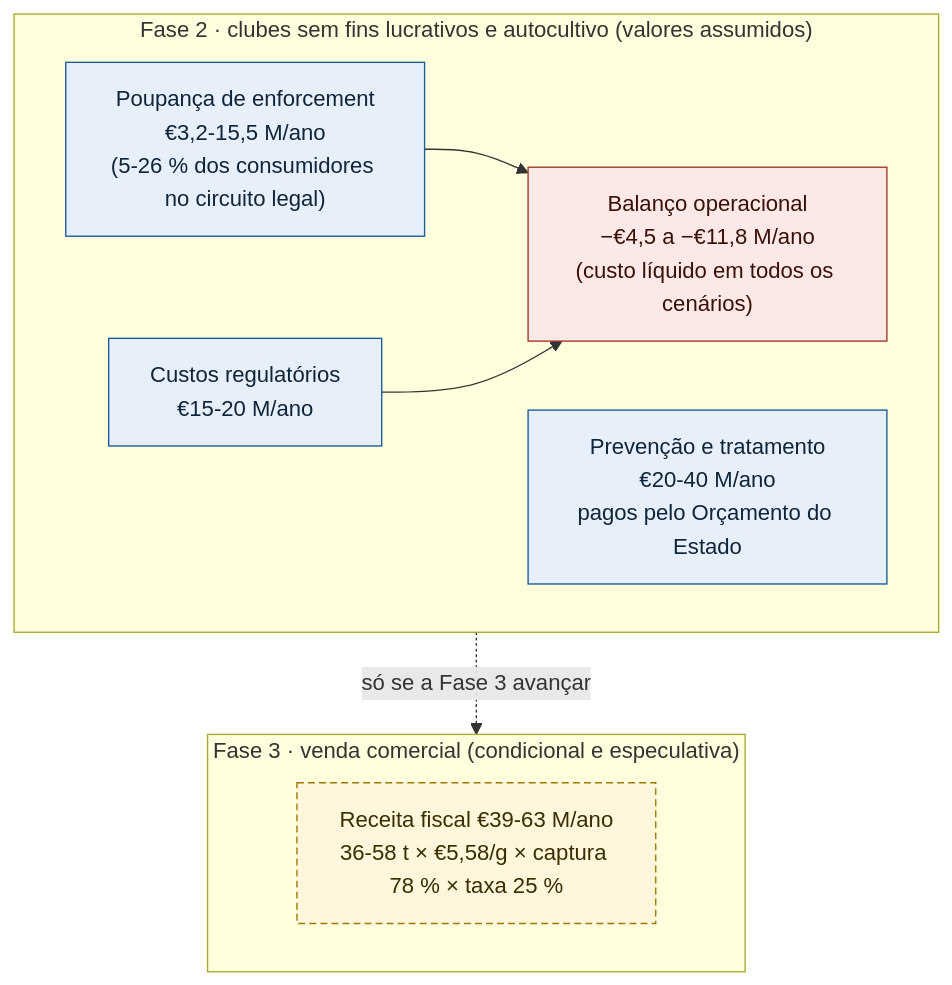
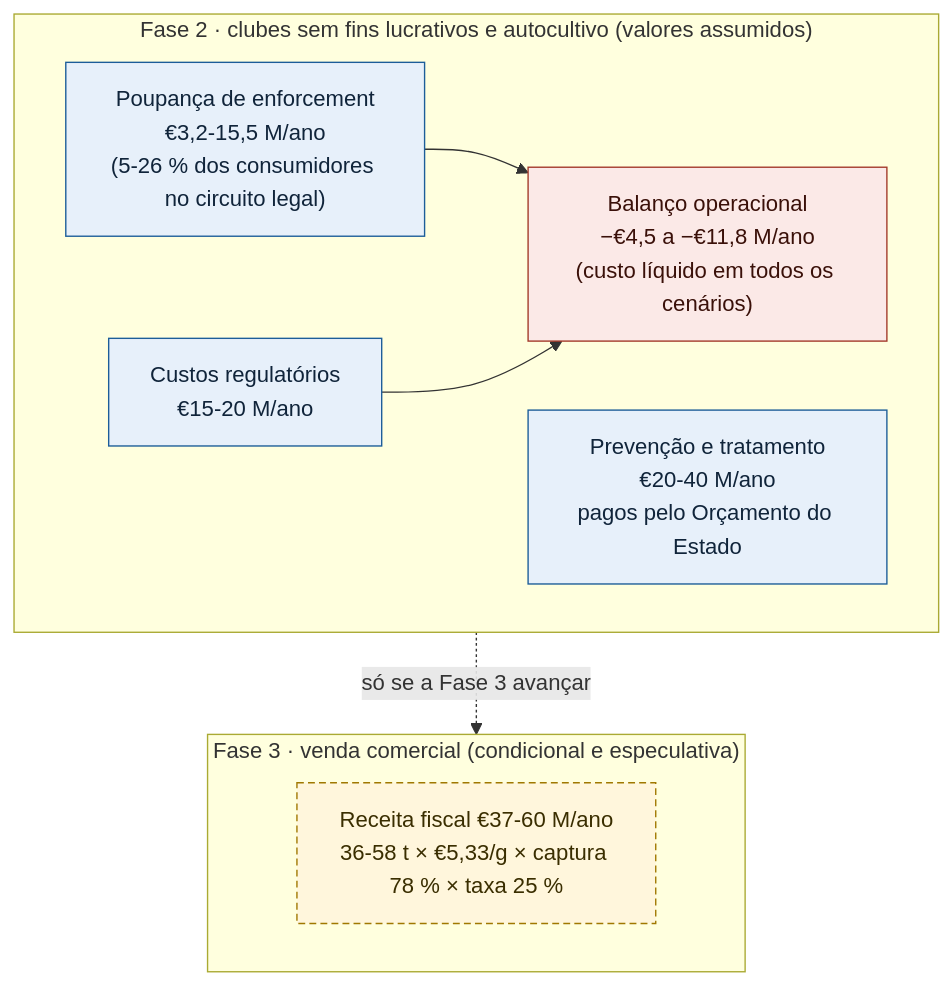
One commit to bcamarneiro/cannabis-legalization changed the diagram in assets/diagrams/balanco-fiscal.mmd. Above: the diagram before and after it, drawn with Mermaid. The commit also changed 14 other files, not shown here.

```diff
--- a/assets/diagrams/balanco-fiscal.mmd
+++ b/assets/diagrams/balanco-fiscal.mmd
@@ -1,18 +1,18 @@
 flowchart TB
     subgraph F2["Fase 2 · clubes sem fins lucrativos e autocultivo (valores assumidos)"]
         direction LR
         S["Poupança de enforcement<br/>€3,2-15,5 M/ano<br/>(5-26 % dos consumidores no circuito legal)"] --> B["Balanço operacional<br/>−€4,5 a −€11,8 M/ano<br/>(custo líquido em todos os cenários)"]
         C["Custos regulatórios<br/>€15-20 M/ano"] --> B
         P["Prevenção e tratamento<br/>€20-40 M/ano<br/>pagos pelo Orçamento do Estado"]
     end
     subgraph F3["Fase 3 · venda comercial (condicional e especulativa)"]
-        T["Receita fiscal €39-63 M/ano<br/>36-58 t × €5,58/g × captura 78 % × taxa 25 %"]
+        T["Receita fiscal €37-60 M/ano<br/>36-58 t × €5,33/g × captura 78 % × taxa 25 %"]
     end
     F2 -. "só se a Fase 3 avançar" .-> F3
 
     classDef base fill:#e7f0fa,stroke:#1c5d99,color:#10243a
     classDef neg fill:#fbe9e7,stroke:#a33a2a,color:#3a1009
     classDef cond fill:#fff6dc,stroke:#a07800,color:#3a2e00,stroke-dasharray:5 3
     class S,C,P base
     class B neg
     class T cond
```
